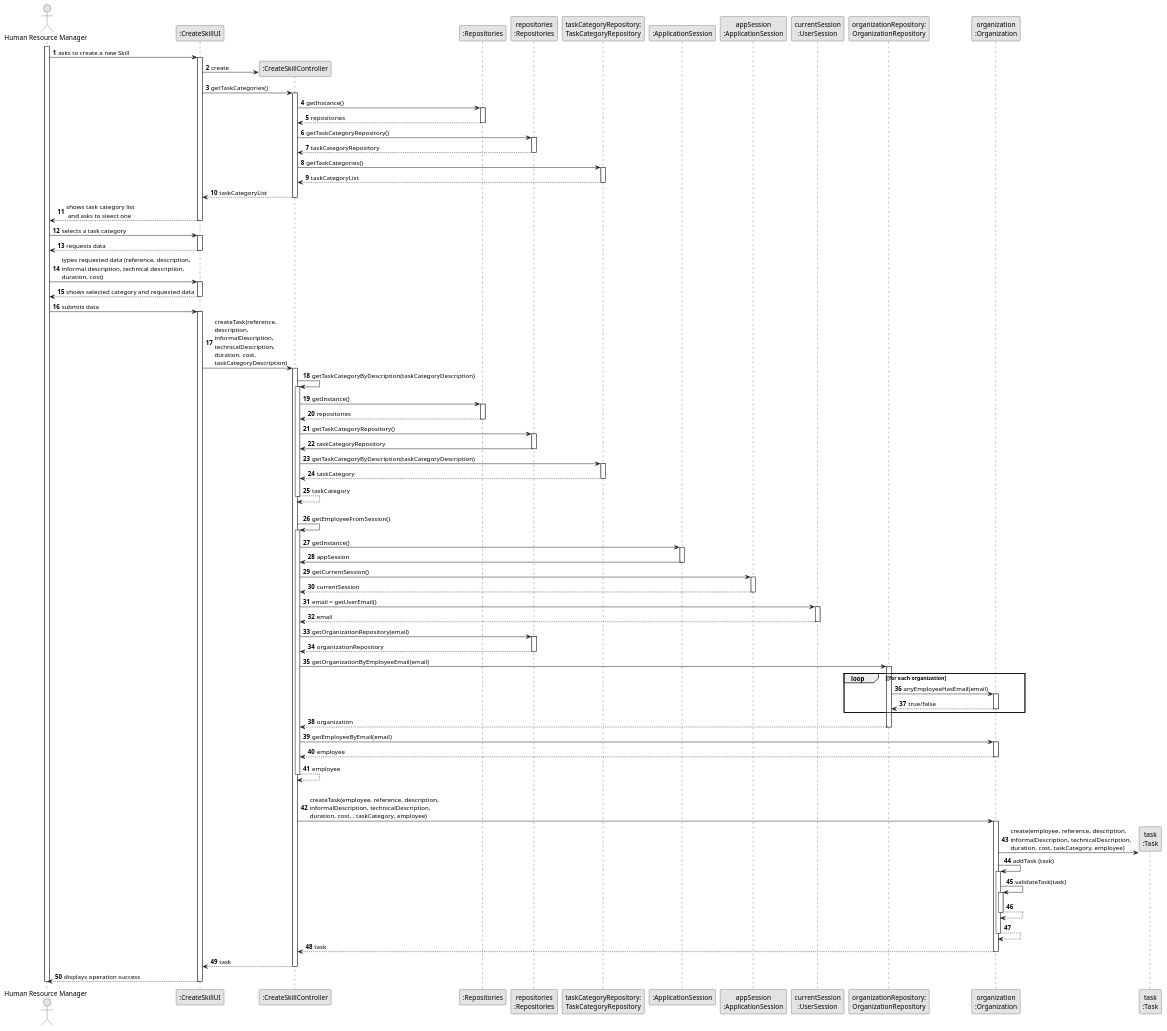
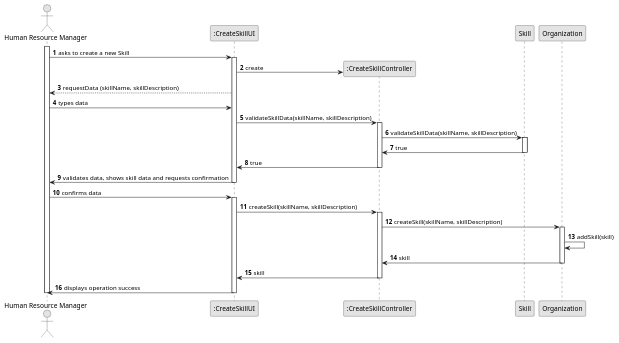
One commit to Paulo-Pereira-at-ISEP/lei-24-s2-1nanb-g321 changed the diagram in docs/sprintB/us01/03.design/puml/us01-sequence-diagram-full.puml. Above: the diagram before and after it, drawn with PlantUML. The commit also changed 1 other file, not shown here.

Commit message:
LGGPM-115 - US01 - Design - Sequence diagram update

```diff
--- a/docs/sprintB/us01/03.design/puml/us01-sequence-diagram-full.puml
+++ b/docs/sprintB/us01/03.design/puml/us01-sequence-diagram-full.puml
@@ -1,180 +1,79 @@
 @startuml
 skinparam monochrome true
 skinparam packageStyle rectangle
 skinparam shadowing false
 
 autonumber
 
 'hide footbox
-actor "Human Resource Manager" as ADM
+
+actor "Human Resource Manager" as HRM
 participant ":CreateSkillUI" as UI
 participant ":CreateSkillController" as CTRL
-participant ":Repositories" as RepositorySingleton
-participant "repositories\n:Repositories" as PLAT
-participant "taskCategoryRepository:\nTaskCategoryRepository" as TaskCategoryRepository
-participant ":ApplicationSession" as _APP
-participant "appSession\n:ApplicationSession" as APP
-participant "currentSession\n:UserSession" as SESSAO
-participant "organizationRepository:\nOrganizationRepository" as OrganizationRepository
-participant "organization\n:Organization" as ORG
-participant "task\n:Task" as TAREFA
+participant "Skill" as SKILL
+participant "Organization" as ORG
 
-activate ADM
+activate HRM
 
-        ADM -> UI : asks to create a new Skill
+        HRM -> UI : asks to create a new Skill
 
         activate UI
-
-'            UI --> ADM : requests data (reference, description,  informal \n description, technical description, duration, cost)
             'create CTRL
             UI -> CTRL** : create
 
-            UI -> CTRL : getTaskCategories()
+            'requests the HRM to input data
+            UI --> HRM : requestData (skillName, skillDescription)
+
+            HRM -> UI : types data
+
+            UI -> CTRL : validateSkillData(skillName, skillDescription)
             activate CTRL
+                'inserted data validation
 
-                CTRL -> RepositorySingleton : getInstance()
-                activate RepositorySingleton
 
-                    RepositorySingleton --> CTRL: repositories
-                deactivate RepositorySingleton
+                CTRL -> SKILL : validateSkillData(skillName, skillDescription)
 
-                CTRL -> PLAT : getTaskCategoryRepository()
-                activate PLAT
+                activate SKILL
 
-                    PLAT --> CTRL: taskCategoryRepository
-                deactivate PLAT
+                    SKILL -> CTRL : true
 
-                CTRL -> TaskCategoryRepository : getTaskCategories()
-                activate TaskCategoryRepository
+                deactivate SKILL
 
-                    TaskCategoryRepository --> CTRL : taskCategoryList
-                deactivate TaskCategoryRepository
+                CTRL -> UI : true
 
-                CTRL --> UI : taskCategoryList
-            deactivate CTRL
+                deactivate CTRL
 
-            UI --> ADM : shows task category list\n and asks to sleect one
+                UI -> HRM : validates data, shows skill data and requests confirmation
+
+
+
         deactivate UI
 
-    ADM -> UI : selects a task category
+
+    HRM -> UI : confirms data
     activate UI
 
-        UI --> ADM : requests data
-    deactivate UI
-
-    ADM -> UI : types requested data (reference, description, \ninformal description, technical description,\nduration, cost)
-    activate UI
-
-        UI --> ADM : shows selected category and requested data
-    deactivate UI
-
-    ADM -> UI : submits data
-    activate UI
-
-        UI -> CTRL : createTask(reference,\ndescription,\ninformalDescription,\ntechnicalDescription,\nduration, cost,\ntaskCategoryDescription)
+        UI -> CTRL : createSkill(skillName, skillDescription)
         activate CTRL
 
-            CTRL -> CTRL : getTaskCategoryByDescription(taskCategoryDescription)
-            activate CTRL
+            CTRL -> ORG : createSkill(skillName, skillDescription)
 
-                CTRL -> RepositorySingleton : getInstance()
-                activate RepositorySingleton
-
-                    RepositorySingleton --> CTRL: repositories
-                deactivate RepositorySingleton
-
-                CTRL -> PLAT : getTaskCategoryRepository()
-                activate PLAT
-
-                    PLAT -> CTRL : taskCategoryRepository
-                deactivate PLAT
-
-                CTRL -> TaskCategoryRepository : getTaskCategoryByDescription(taskCategoryDescription)
-                activate TaskCategoryRepository
-
-                    TaskCategoryRepository --> CTRL : taskCategory
-                deactivate TaskCategoryRepository
-                    CTRL --> CTRL : taskCategory
-            deactivate CTRL
-
-            |||
-            CTRL -> CTRL : getEmployeeFromSession()
-            activate CTRL
-
-                CTRL -> _APP: getInstance()
-                activate _APP
-                    _APP -> CTRL: appSession
-                deactivate _APP
-
-
-                CTRL -> APP: getCurrentSession()
-                activate APP
-
-                    APP --> CTRL: currentSession
-                deactivate APP
-
-                CTRL -> SESSAO: email = getUserEmail()
-                activate SESSAO
-
-                    SESSAO --> CTRL: email
-                deactivate SESSAO
-
-
-                CTRL -> PLAT: getOrganizationRepository(email)
-                activate PLAT
-
-                    PLAT --> CTRL: organizationRepository
-                deactivate PLAT
-
-
-                CTRL -> OrganizationRepository: getOrganizationByEmployeeEmail(email)
-                activate OrganizationRepository
-
-                    loop [for each organization
-                        OrganizationRepository -> ORG : anyEmployeeHasEmail(email)
-                        activate ORG
-
-                             ORG --> OrganizationRepository : true/false
-                        deactivate ORG
-                    end
-                    OrganizationRepository --> CTRL : organization
-                deactivate OrganizationRepository
-
-                CTRL -> ORG: getEmployeeByEmail(email)
-                activate ORG
-
-                    ORG --> CTRL : employee
-                deactivate ORG
-
-                CTRL --> CTRL : employee
-            deactivate CTRL
-
-            |||
-            CTRL -> ORG: createTask(employee, reference, description,\ninformalDescription, technicalDescription,\nduration, cost, , taskCategory, employee)
             activate ORG
 
-                ORG -> TAREFA**: create(employee, reference, description,\ninformalDescription, technicalDescription,\nduration, cost, taskCategory, employee)
-                ORG -> ORG: addTask (task)
+                ORG -> ORG : addSkill(skill)
 
-
-                activate ORG
-                    ORG -> ORG: validateTask(task)
-                    activate ORG
-                        ORG --> ORG
-                    deactivate ORG
-
-                    ORG --> ORG
-                deactivate ORG
-
-                ORG --> CTRL : task
+                ORG -> CTRL : skill
 
             deactivate ORG
 
-            CTRL --> UI: task
-            deactivate CTRL
-            UI --> ADM: displays operation success
+            CTRL -> UI : skill
+
+        deactivate CTRL
+
+        UI -> HRM : displays operation success
+
     deactivate UI
 
-deactivate ADM
+deactivate HRM
 
 @enduml
```
